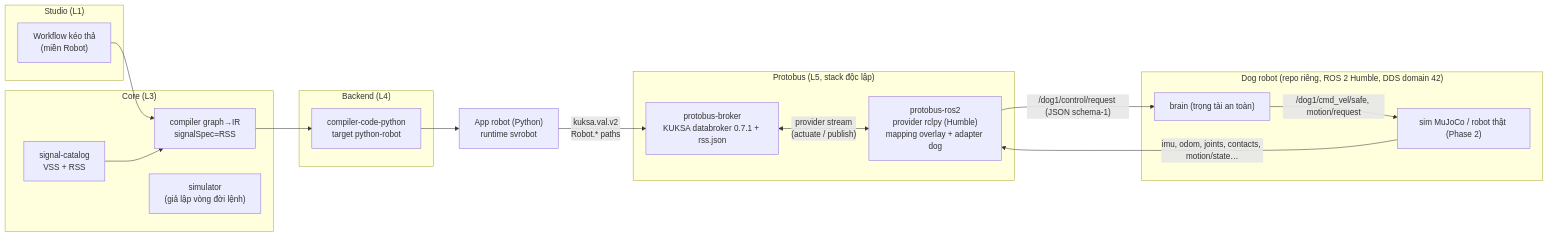
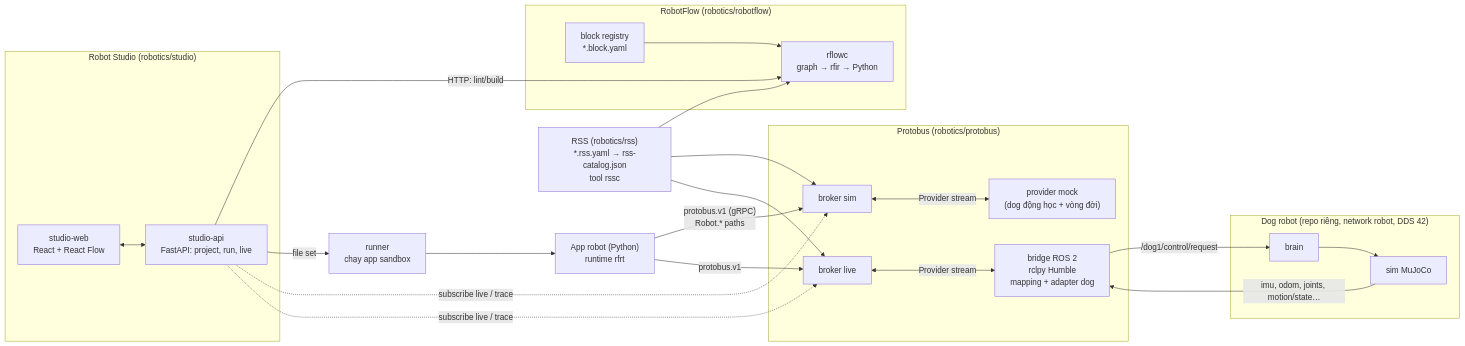
Before and after one commit to ltnguyenlt2k/simvehicleapp: the first of 2 diagrams in docs/design/M22-robotics-extension.md, drawn with Mermaid. The commit also changed other lines of this file and 28 other files, not shown here.

Commit message:
Robotics plan rewritten as an independent stack (robotics/): own RSS format + rssc, own Protobus broker (protobus.v1) + ROS 2 bridge + mock, RobotFlow compiler/runtime in Python, new Robot Studio; M22-M27, ADR-0064..0068 proposed, no code

````diff
--- a/docs/design/M22-robotics-extension.md
+++ b/docs/design/M22-robotics-extension.md
@@ -83,30 +100,39 @@
 ```mermaid
 flowchart LR
-  subgraph Studio["Studio (L1)"]
-    WF["Workflow kéo thả<br/>(miền Robot)"]
+  subgraph RS["Robot Studio (robotics/studio)"]
+    WEB["studio-web<br/>React + React Flow"]
+    API["studio-api<br/>FastAPI: project, run, live"]
   end
-  subgraph Core["Core (L3)"]
-    CAT["signal-catalog<br/>VSS + RSS"]
-    COMP["compiler graph→IR<br/>signalSpec=RSS"]
-    SIM["simulator<br/>(giả lập vòng đời lệnh)"]
+  subgraph RF["RobotFlow (robotics/robotflow)"]
+    BLK["block registry<br/>*.block.yaml"]
+    C["rflowc<br/>graph → rfir → Python"]
   end
-  subgraph Back["Backend (L4)"]
-    PYR["compiler-code-python<br/>target python-robot"]
+  RSSm["RSS (robotics/rss)<br/>*.rss.yaml → rss-catalog.json<br/>tool rssc"]
+  RUN["runner<br/>chạy app sandbox"]
+  APP["App robot (Python)<br/>runtime rfrt"]
+  subgraph PB["Protobus (robotics/protobus)"]
+    BS["broker sim"]
+    BL["broker live"]
+    MK["provider mock<br/>(dog động học + vòng đời)"]
+    R2["bridge ROS 2<br/>rclpy Humble<br/>mapping + adapter dog"]
   end
-  subgraph PB["Protobus (L5, stack độc lập)"]
-    BRK["protobus-broker<br/>KUKSA databroker 0.7.1 + rss.json"]
-    R2["protobus-ros2<br/>provider rclpy (Humble)<br/>mapping overlay + adapter dog"]
+  subgraph DOG["Dog robot (repo riêng, network robot, DDS 42)"]
+    BRAIN["brain"]
+    SIMR["sim MuJoCo"]
   end
-  subgraph Robot["Dog robot (repo riêng, ROS 2 Humble, DDS domain 42)"]
-    BRAIN["brain (trọng tài an toàn)"]
-    SIMR["sim MuJoCo / robot thật (Phase 2)"]
-  end
-  APP["App robot (Python)<br/>runtime svrobot"]
-  WF --> COMP --> PYR --> APP
-  CAT --> COMP
-  APP -- "kuksa.val.v2<br/>Robot.* paths" --> BRK
-  BRK <-- "provider stream<br/>(actuate / publish)" --> R2
-  R2 -- "/dog1/control/request (JSON schema-1)" --> BRAIN
-  BRAIN -- "/dog1/cmd_vel/safe, motion/request" --> SIMR
-  SIMR -- "imu, odom, joints, contacts, motion/state…" --> R2
+  WEB <--> API
+  API -- "HTTP: lint/build" --> C
+  BLK --> C
+  RSSm --> C
+  RSSm --> BS
+  RSSm --> BL
+  API -- "file set" --> RUN --> APP
+  APP -- "protobus.v1 (gRPC)<br/>Robot.* paths" --> BS
+  APP -- "protobus.v1" --> BL
+  BS <-- "Provider stream" --> MK
+  BL <-- "Provider stream" --> R2
+  R2 -- "/dog1/control/request" --> BRAIN --> SIMR
+  SIMR -- "imu, odom, joints, motion/state…" --> R2
+  API -. "subscribe live / trace" .-> BS
+  API -. "subscribe live / trace" .-> BL
 ```
````
